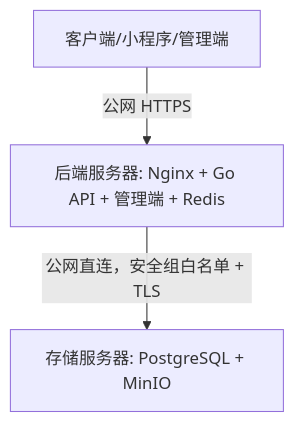
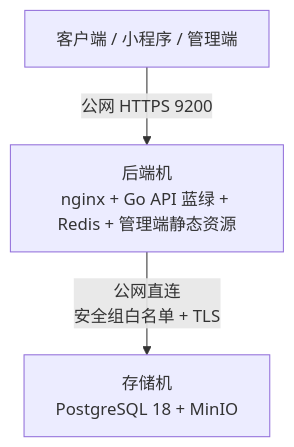
One commit to zlddba/bishe changed the third of 3 diagrams in docs/项目说明.md. Above: the diagram before and after it, drawn with Mermaid. The commit also changed other lines of this file and 2 other files, not shown here.

````diff
--- a/docs/项目说明.md
+++ b/docs/项目说明.md
@@ -184,5 +437,5 @@
 ```mermaid
 flowchart TB
-    Client[客户端/小程序/管理端] -->|公网 HTTPS| Web[后端服务器: Nginx + Go API + 管理端 + Redis]
-    Web -->|公网直连，安全组白名单 + TLS| DB[存储服务器: PostgreSQL + MinIO]
+    Client[客户端 / 小程序 / 管理端] -->|公网 HTTPS 9200| Web[后端机<br/>nginx + Go API 蓝绿 + Redis + 管理端静态资源]
+    Web -->|公网直连<br/>安全组白名单 + TLS| DB[存储机<br/>PostgreSQL 18 + MinIO]
 ```
````
